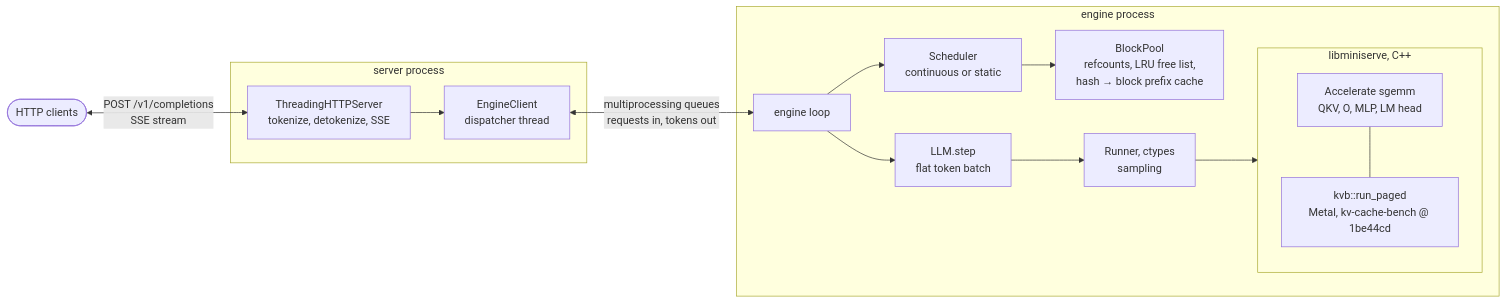
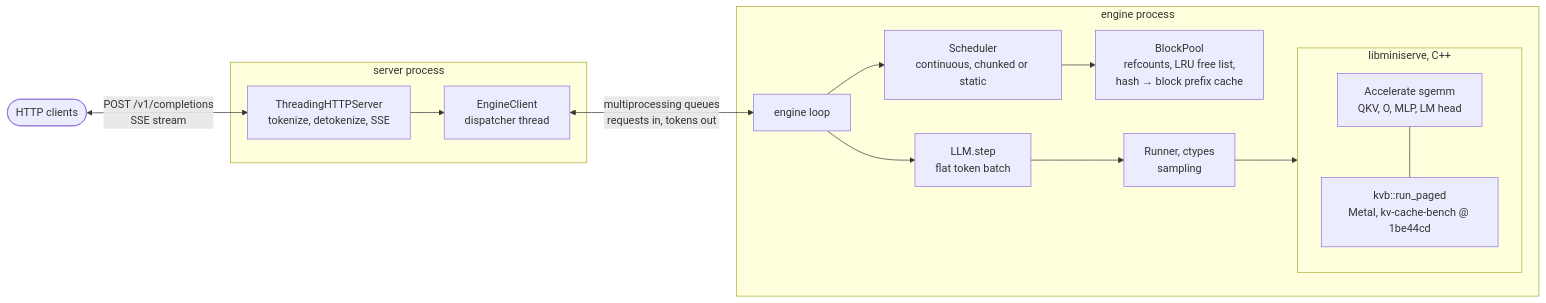
The diagram in README.md (chipontix/mini-serve), drawn with Mermaid before and after one commit. The commit also changed other lines of this file and 3 other files, not shown here.

````diff
--- a/README.md
+++ b/README.md
@@ -94,18 +94,18 @@
 ```mermaid
 flowchart LR
     client([HTTP clients]) <-->|POST /v1/completions<br/>SSE stream| http
     subgraph api [server process]
         http[ThreadingHTTPServer<br/>tokenize, detokenize, SSE] --> ec[EngineClient<br/>dispatcher thread]
     end
     ec <-->|multiprocessing queues<br/>requests in, tokens out| loop
     subgraph eng [engine process]
-        loop[engine loop] --> sched[Scheduler<br/>continuous or static]
+        loop[engine loop] --> sched[Scheduler<br/>continuous, chunked or static]
         sched --> pool[BlockPool<br/>refcounts, LRU free list,<br/>hash → block prefix cache]
         loop --> llm[LLM.step<br/>flat token batch]
         llm --> runner[Runner, ctypes<br/>sampling]
         runner --> cpp
         subgraph cpp [libminiserve, C++]
             mm[Accelerate sgemm<br/>QKV, O, MLP, LM head] --- att[kvb::run_paged<br/>Metal, kv-cache-bench @ 1be44cd]
         end
     end
 ```
````
